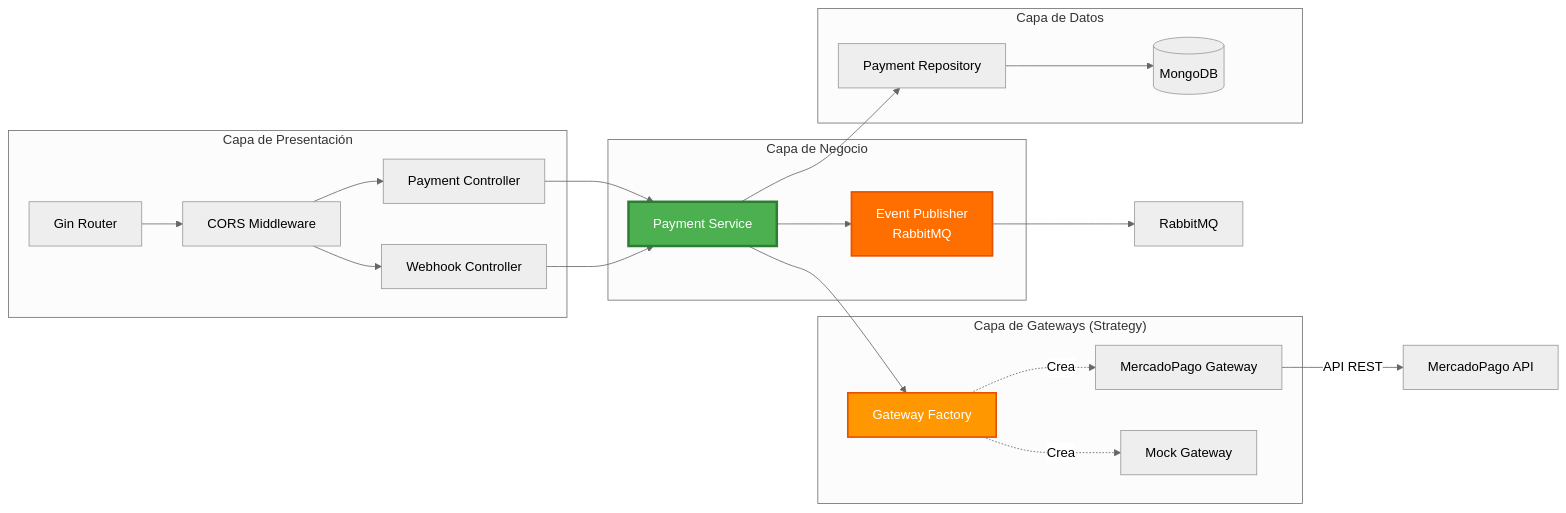
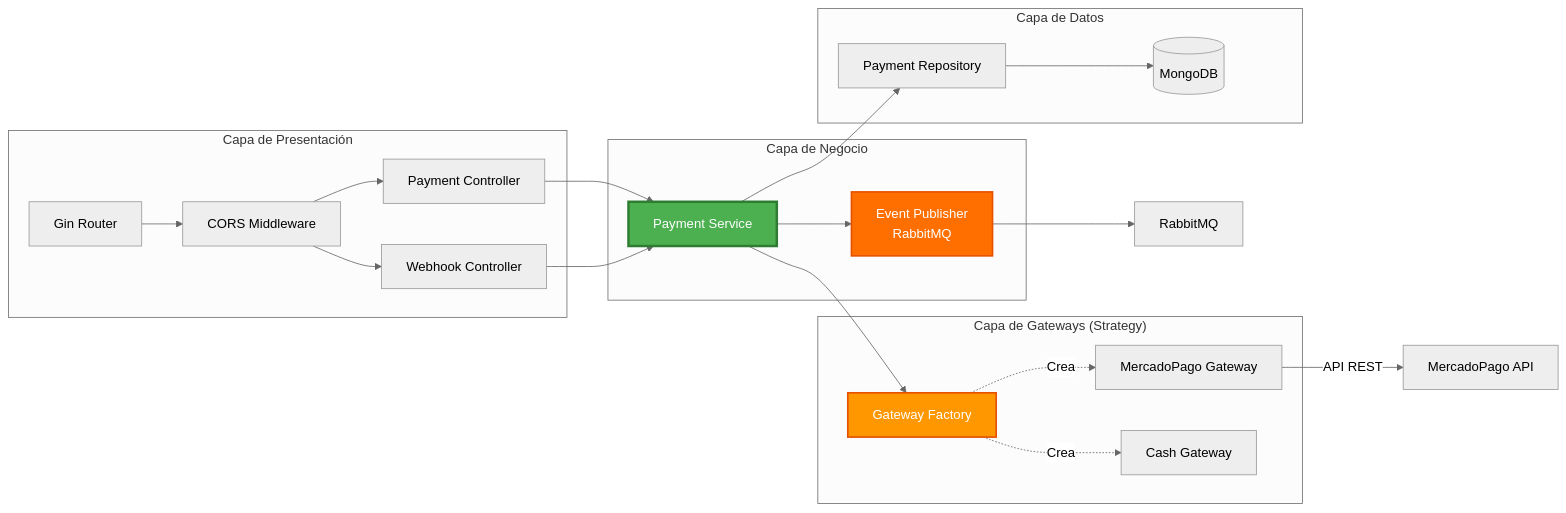
Before and after one commit to franco2355/ivo: the third of 5 diagrams in backend/payments-api/DIAGRAMA_ARQUITECTURA.md, drawn with Mermaid (neutral theme). The commit also changed other lines of this file and 33 other files, not shown here.

````diff
--- a/backend/payments-api/DIAGRAMA_ARQUITECTURA.md
+++ b/backend/payments-api/DIAGRAMA_ARQUITECTURA.md
@@ -93,48 +93,48 @@
 ```mermaid
 graph LR
     subgraph "Capa de Presentación"
         ROUTER[Gin Router]
         CTRL_PAY[Payment Controller]
         CTRL_WH[Webhook Controller]
         MIDDLEWARE[CORS Middleware]
     end
 
     subgraph "Capa de Negocio"
         SERVICE[Payment Service]
         EVENT_PUB[Event Publisher<br/>RabbitMQ]
     end
 
     subgraph "Capa de Gateways (Strategy)"
         FACTORY[Gateway Factory]
         GW_MP[MercadoPago Gateway]
-        GW_MOCK[Mock Gateway]
+        GW_CASH[Cash Gateway]
     end
 
     subgraph "Capa de Datos"
         REPO[Payment Repository]
         MONGO[(MongoDB)]
     end
 
     ROUTER --> MIDDLEWARE
     MIDDLEWARE --> CTRL_PAY
     MIDDLEWARE --> CTRL_WH
 
     CTRL_PAY --> SERVICE
     CTRL_WH --> SERVICE
 
     SERVICE --> EVENT_PUB
     SERVICE --> FACTORY
     SERVICE --> REPO
 
     FACTORY -.->|Crea| GW_MP
-    FACTORY -.->|Crea| GW_MOCK
+    FACTORY -.->|Crea| GW_CASH
 
     GW_MP -->|API REST| MERCADOPAGO[MercadoPago API]
 
     REPO --> MONGO
     EVENT_PUB --> RABBITMQ[RabbitMQ]
 
     style SERVICE fill:#4CAF50,stroke:#2E7D32,stroke-width:3px,color:#fff
     style FACTORY fill:#FF9800,stroke:#E65100,stroke-width:2px,color:#fff
     style EVENT_PUB fill:#FF6F00,stroke:#E65100,stroke-width:2px,color:#fff
 ```
````
